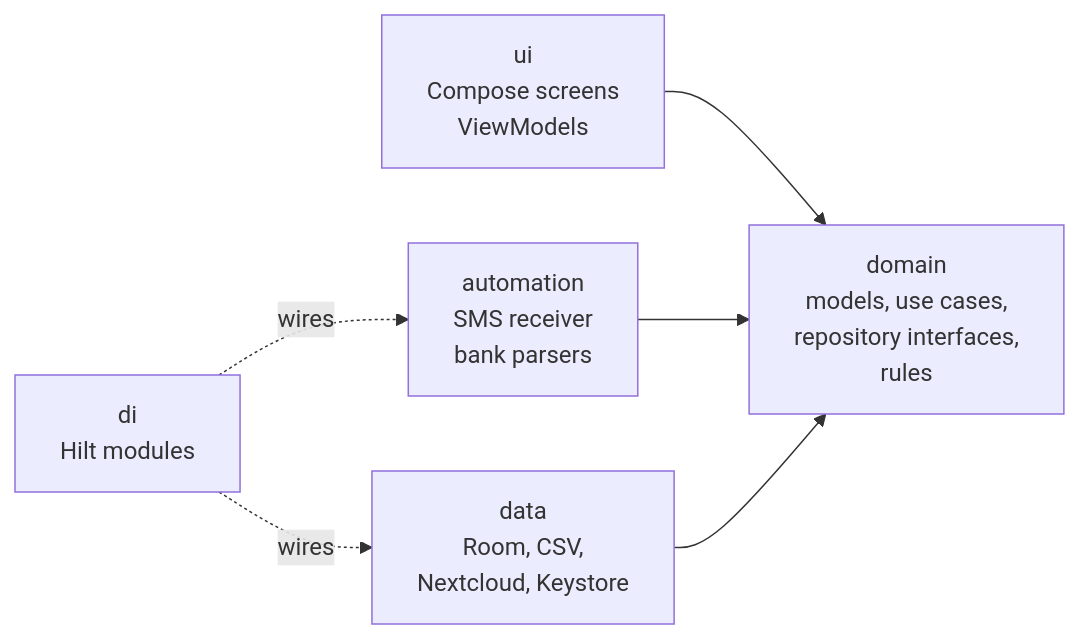
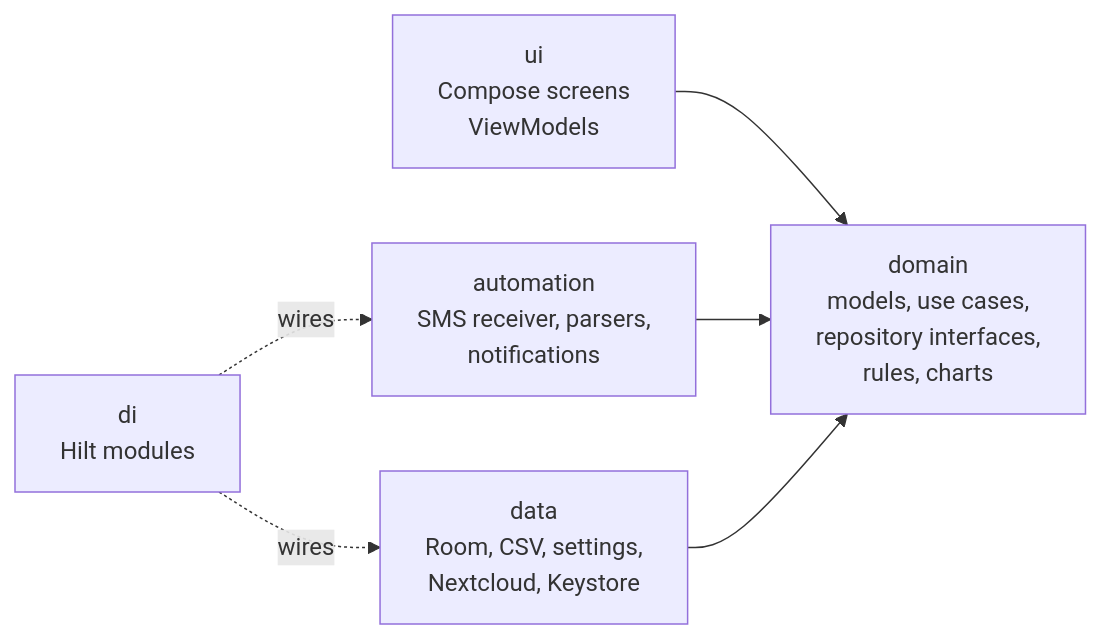
One commit to Schnapsi93/SpendingTracker changed the first of 2 diagrams in README.md. Above: the diagram before and after it, drawn with Mermaid. The commit also changed other lines of this file and 9 other files, not shown here.

````diff
--- a/README.md
+++ b/README.md
@@ -90,9 +102,9 @@
 ```mermaid
 flowchart LR
     UI["ui<br/>Compose screens<br/>ViewModels"] --> Domain
-    Automation["automation<br/>SMS receiver<br/>bank parsers"] --> Domain
-    Data["data<br/>Room, CSV,<br/>Nextcloud, Keystore"] --> Domain
-    Domain["domain<br/>models, use cases,<br/>repository interfaces,<br/>rules"]
+    Automation["automation<br/>SMS receiver, parsers,<br/>notifications"] --> Domain
+    Data["data<br/>Room, CSV, settings,<br/>Nextcloud, Keystore"] --> Domain
+    Domain["domain<br/>models, use cases,<br/>repository interfaces,<br/>rules, charts"]
     DI["di<br/>Hilt modules"] -.wires.-> Data
     DI -.wires.-> Automation
 ```
````
